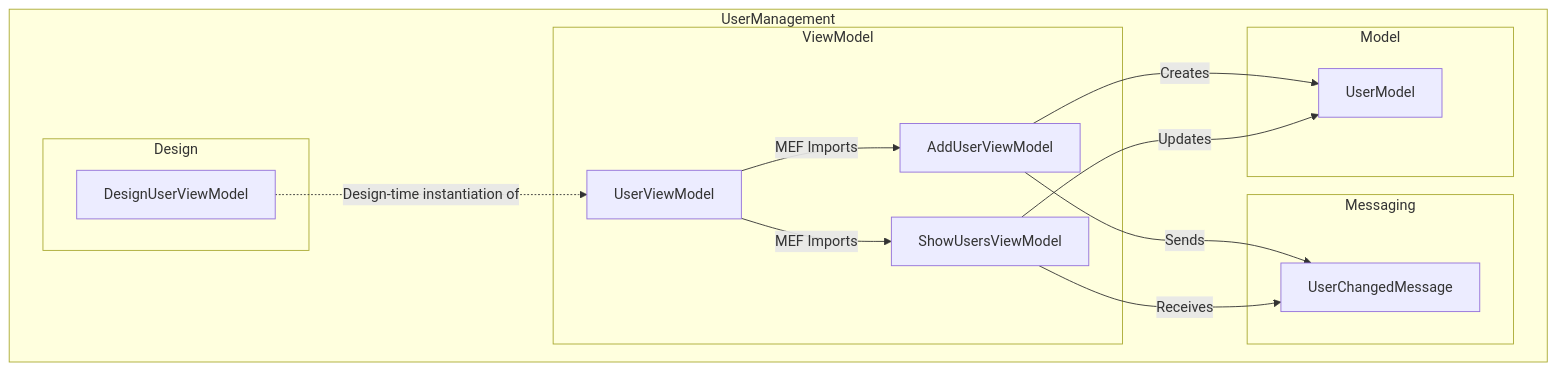
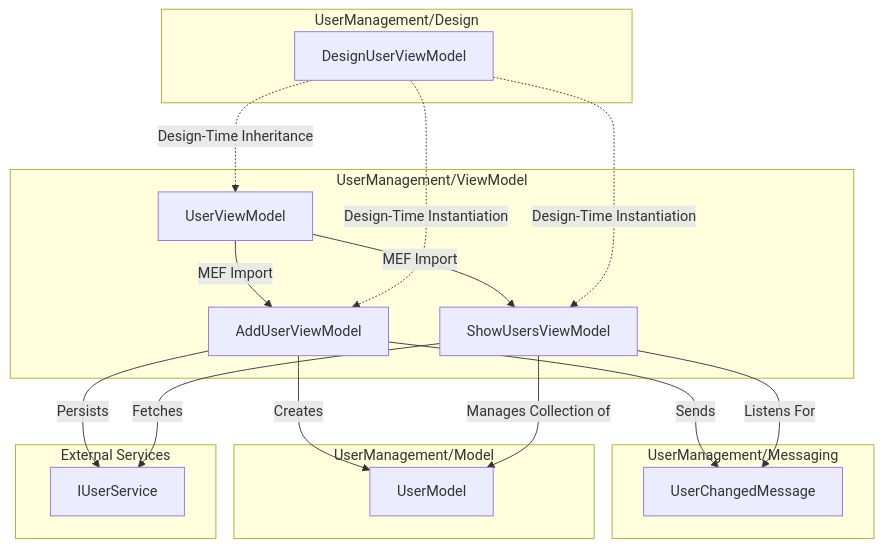
One commit to wetzlmaier-scch/mvvm changed the diagram in doc/UserManagement.md. Above: the diagram before and after it, drawn with Mermaid. The commit also changed other lines of this file and 132 other files, not shown here.

````diff
--- a/doc/UserManagement.md
+++ b/doc/UserManagement.md
@@ -22,32 +20,40 @@
 ```mermaid
 flowchart TD
-    subgraph "UserManagement"
-        subgraph "ViewModel"
-            UV[UserViewModel]
-            AUV[AddUserViewModel]
-            SUV[ShowUsersViewModel]
-        end
-        
-        subgraph "Model"
-            UM[UserModel]
-        end
-        
-        subgraph "Messaging"
-            UCM[UserChangedMessage]
-        end
-        
-        subgraph "Design"
-            DUV[DesignUserViewModel]
-        end
+    subgraph "UserManagement/ViewModel"
+        UV[UserViewModel]
+        AUV[AddUserViewModel]
+        SUV[ShowUsersViewModel]
     end
-    
-    UV -->|MEF Imports| AUV
-    UV -->|MEF Imports| SUV
+
+    subgraph "UserManagement/Messaging"
+        MSG[UserChangedMessage]
+    end
+
+    subgraph "UserManagement/Model"
+        UM[UserModel]
+    end
+
+    subgraph "UserManagement/Design"
+        DUV[DesignUserViewModel]
+    end
+
+    subgraph "External Services"
+        IUS[IUserService]
+    end
+
+    UV -->|MEF Import| AUV
+    UV -->|MEF Import| SUV
     
     AUV -->|Creates| UM
-    AUV -->|Sends| UCM
-    SUV -->|Receives| UCM
-    SUV -->|Updates| UM
+    SUV -->|Manages Collection of| UM
     
-    DUV -.->|Design-time instantiation of| UV
+    AUV -->|Sends| MSG
+    SUV -->|Listens For| MSG
+    
+    AUV -->|Persists| IUS
+    SUV -->|Fetches| IUS
+
+    DUV -.->|Design-Time Inheritance| UV
+    DUV -.->|Design-Time Instantiation| AUV
+    DUV -.->|Design-Time Instantiation| SUV
 ```
````
